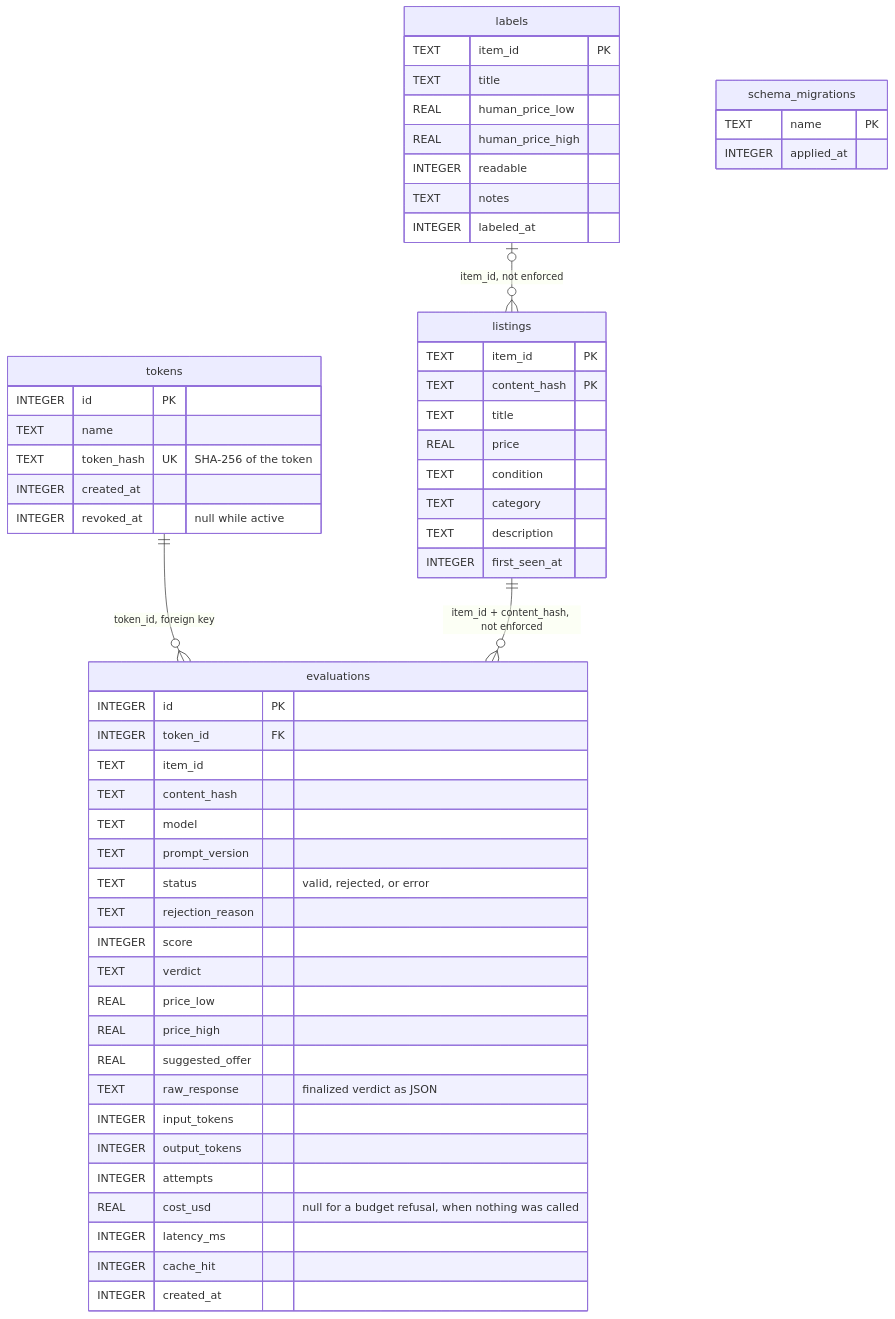
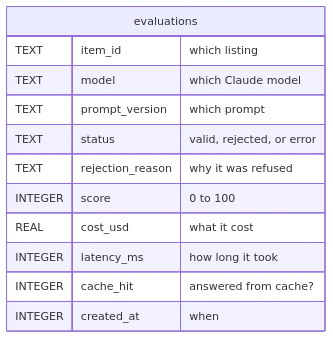
One commit to nicholasbelous/DealScan changed the fifth of 5 diagrams in docs/ARCHITECTURE.md. Above: the diagram before and after it, drawn with Mermaid. The commit also changed other lines of this file and 1 other file, not shown here.

Commit message:
Simplify the architecture diagrams

````diff
--- a/docs/ARCHITECTURE.md
+++ b/docs/ARCHITECTURE.md
@@ -151,60 +127,15 @@
 ```mermaid
 erDiagram
-  tokens ||--o{ evaluations : "token_id, foreign key"
-  listings ||--o{ evaluations : "item_id + content_hash, not enforced"
-  labels |o--o{ listings : "item_id, not enforced"
-
-  tokens {
-    INTEGER id PK
-    TEXT name
-    TEXT token_hash UK "SHA-256 of the token"
-    INTEGER created_at
-    INTEGER revoked_at "null while active"
-  }
-  listings {
-    TEXT item_id PK
-    TEXT content_hash PK
-    TEXT title
-    REAL price
-    TEXT condition
-    TEXT category
-    TEXT description
-    INTEGER first_seen_at
-  }
   evaluations {
-    INTEGER id PK
-    INTEGER token_id FK
-    TEXT item_id
-    TEXT content_hash
-    TEXT model
-    TEXT prompt_version
+    TEXT item_id "which listing"
+    TEXT model "which Claude model"
+    TEXT prompt_version "which prompt"
     TEXT status "valid, rejected, or error"
-    TEXT rejection_reason
-    INTEGER score
-    TEXT verdict
-    REAL price_low
-    REAL price_high
-    REAL suggested_offer
-    TEXT raw_response "finalized verdict as JSON"
-    INTEGER input_tokens
-    INTEGER output_tokens
-    INTEGER attempts
-    REAL cost_usd "null for a budget refusal, when nothing was called"
-    INTEGER latency_ms
-    INTEGER cache_hit
-    INTEGER created_at
-  }
-  labels {
-    TEXT item_id PK
-    TEXT title
-    REAL human_price_low
-    REAL human_price_high
-    INTEGER readable
-    TEXT notes
-    INTEGER labeled_at
-  }
-  schema_migrations {
-    TEXT name PK
-    INTEGER applied_at
+    TEXT rejection_reason "why it was refused"
+    INTEGER score "0 to 100"
+    REAL cost_usd "what it cost"
+    INTEGER latency_ms "how long it took"
+    INTEGER cache_hit "answered from cache?"
+    INTEGER created_at "when"
   }
 ```
````
